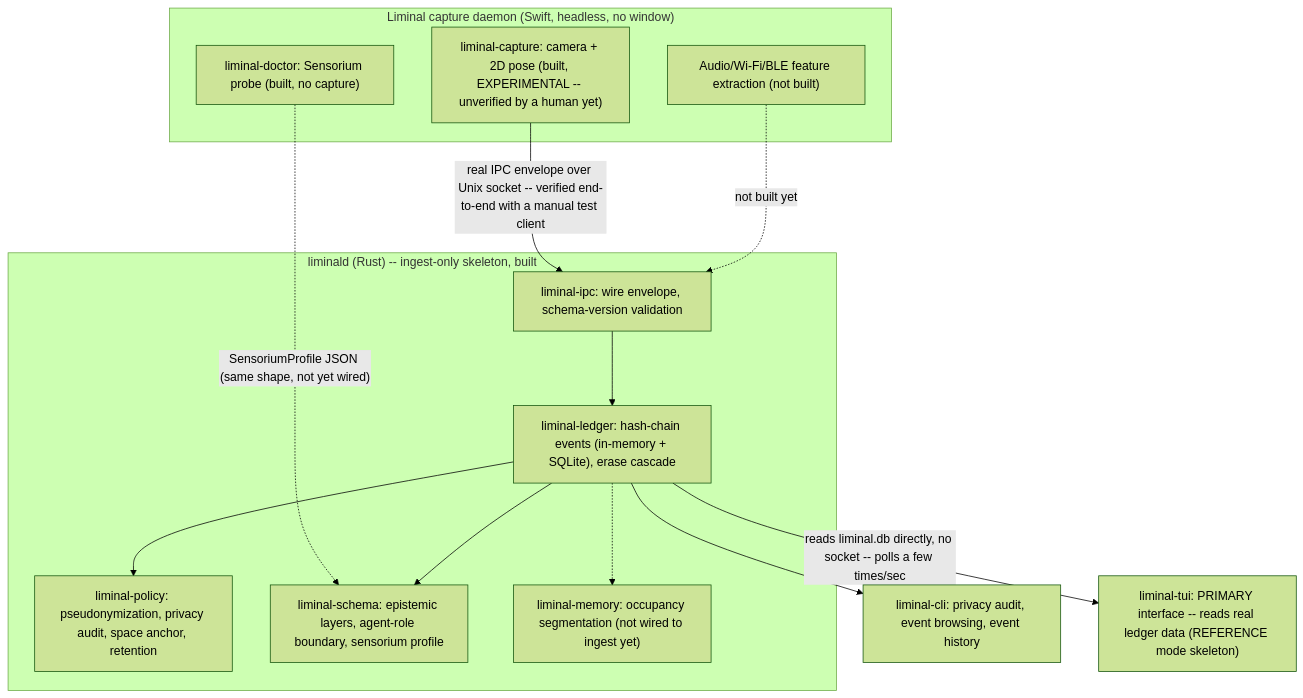
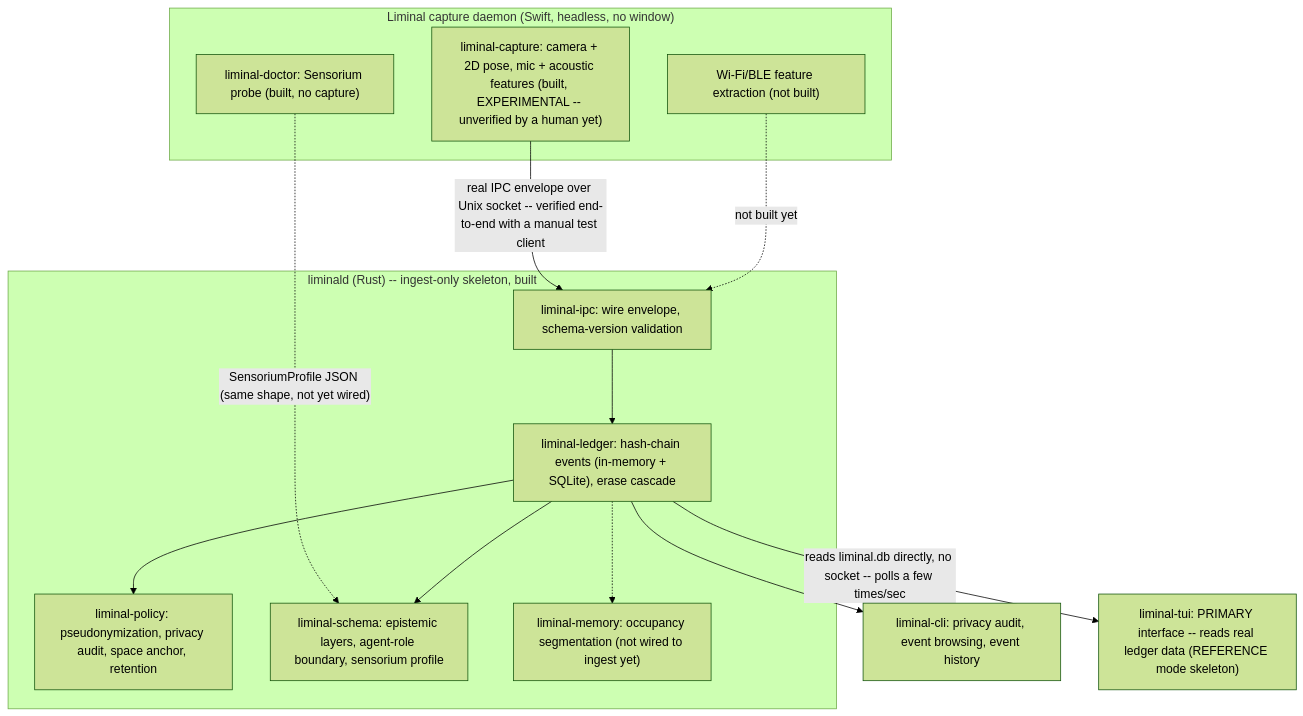
One commit to randyren278/liminal changed the diagram in docs/ARCHITECTURE.md. Above: the diagram before and after it, drawn with Mermaid (forest theme). The commit also changed other lines of this file and 6 other files, not shown here.

````diff
--- a/docs/ARCHITECTURE.md
+++ b/docs/ARCHITECTURE.md
@@ -19,27 +19,27 @@
 ```mermaid
 flowchart TB
     subgraph Swift["Liminal capture daemon (Swift, headless, no window)"]
         Doctor["liminal-doctor: Sensorium probe (built, no capture)"]
-        Sensors["liminal-capture: camera + 2D pose (built, EXPERIMENTAL -- unverified by a human yet)"]
-        Extract["Audio/Wi-Fi/BLE feature extraction (not built)"]
+        Sensors["liminal-capture: camera + 2D pose, mic + acoustic features (built, EXPERIMENTAL -- unverified by a human yet)"]
+        Extract["Wi-Fi/BLE feature extraction (not built)"]
     end
     subgraph Rust["liminald (Rust) -- ingest-only skeleton, built"]
         IPC["liminal-ipc: wire envelope, schema-version validation"]
         Ledger["liminal-ledger: hash-chain events (in-memory + SQLite), erase cascade"]
         Policy["liminal-policy: pseudonymization, privacy audit, space anchor, retention"]
         Schema["liminal-schema: epistemic layers, agent-role boundary, sensorium profile"]
         Memory["liminal-memory: occupancy segmentation (not wired to ingest yet)"]
     end
     CLI["liminal-cli: privacy audit, event browsing, event history"]
     TUI["liminal-tui: PRIMARY interface -- reads real ledger data (REFERENCE mode skeleton)"]
 
     Doctor -.->|"SensoriumProfile JSON (same shape, not yet wired)"| Schema
     Sensors -->|"real IPC envelope over Unix socket -- verified end-to-end with a manual test client"| IPC
     Extract -.->|"not built yet"| IPC
     IPC --> Ledger
     Ledger --> Policy
     Ledger --> Schema
     Ledger -.-> Memory
     Ledger --> CLI
     Ledger -->|"reads liminal.db directly, no socket -- polls a few times/sec"| TUI
 ```
````
